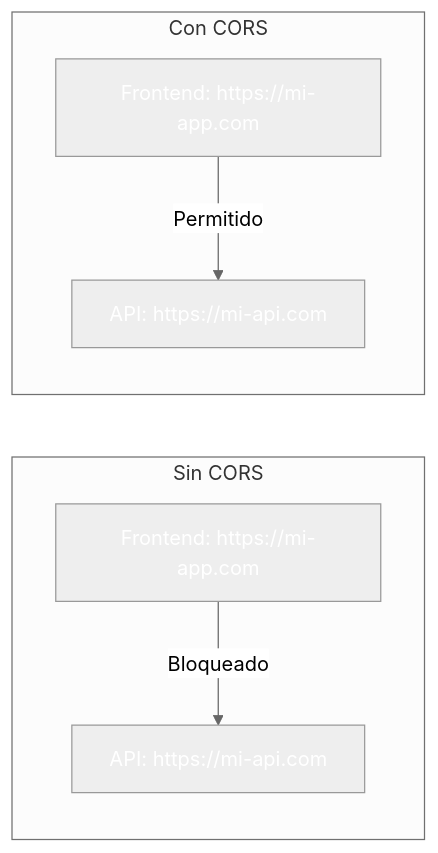
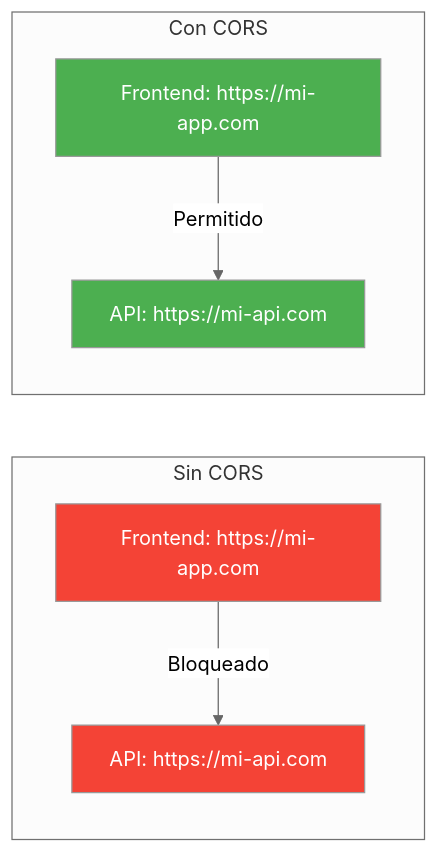
Before and after one commit to joseluisgs/DesarrolloWebEntornosServidor-02-2026-2027: the diagram in 24-documentacion.md, drawn with Mermaid (neutral theme). The commit also changed other lines of this file and 29 other files, not shown here.

Commit message:
docs: corregir estilos Mermaid y estilo, quitar referencias a la Tienda y reestructurar los retos 13 y 15

````diff
--- a/24-documentacion.md
+++ b/24-documentacion.md
@@ -45,14 +45,14 @@
 ```mermaid
 flowchart LR
     subgraph "Sin CORS"
         A[Frontend: https://mi-app.com] -->|Bloqueado| B[API: https://mi-api.com]
-        style A fill:#f4433,color:#fff6,color:#fff
-        style B fill:#f4433,color:#fff6,color:#fff
+        style A fill:#f44336,color:#fff
+        style B fill:#f44336,color:#fff
     end
 
     subgraph "Con CORS"
         C[Frontend: https://mi-app.com] -->|Permitido| D[API: https://mi-api.com]
-        style C fill:#4CAF5,color:#fff0,color:#fff
-        style D fill:#4CAF5,color:#fff0,color:#fff
+        style C fill:#4CAF50,color:#fff
+        style D fill:#4CAF50,color:#fff
     end
 ```
````
